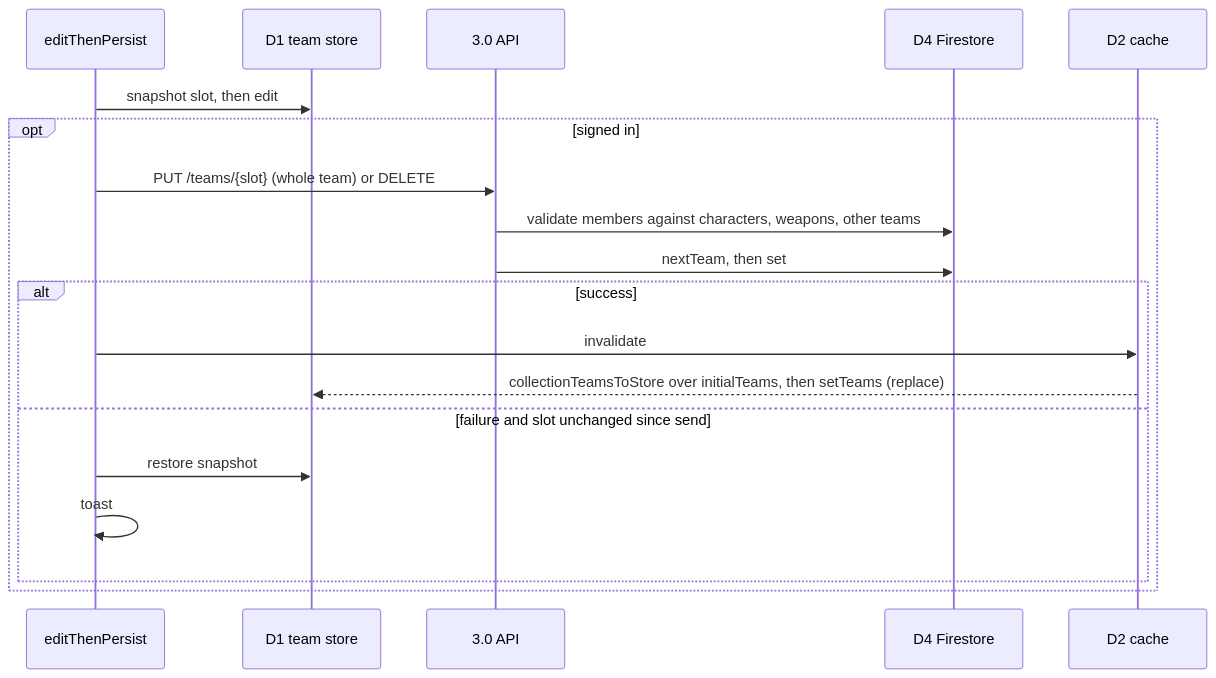
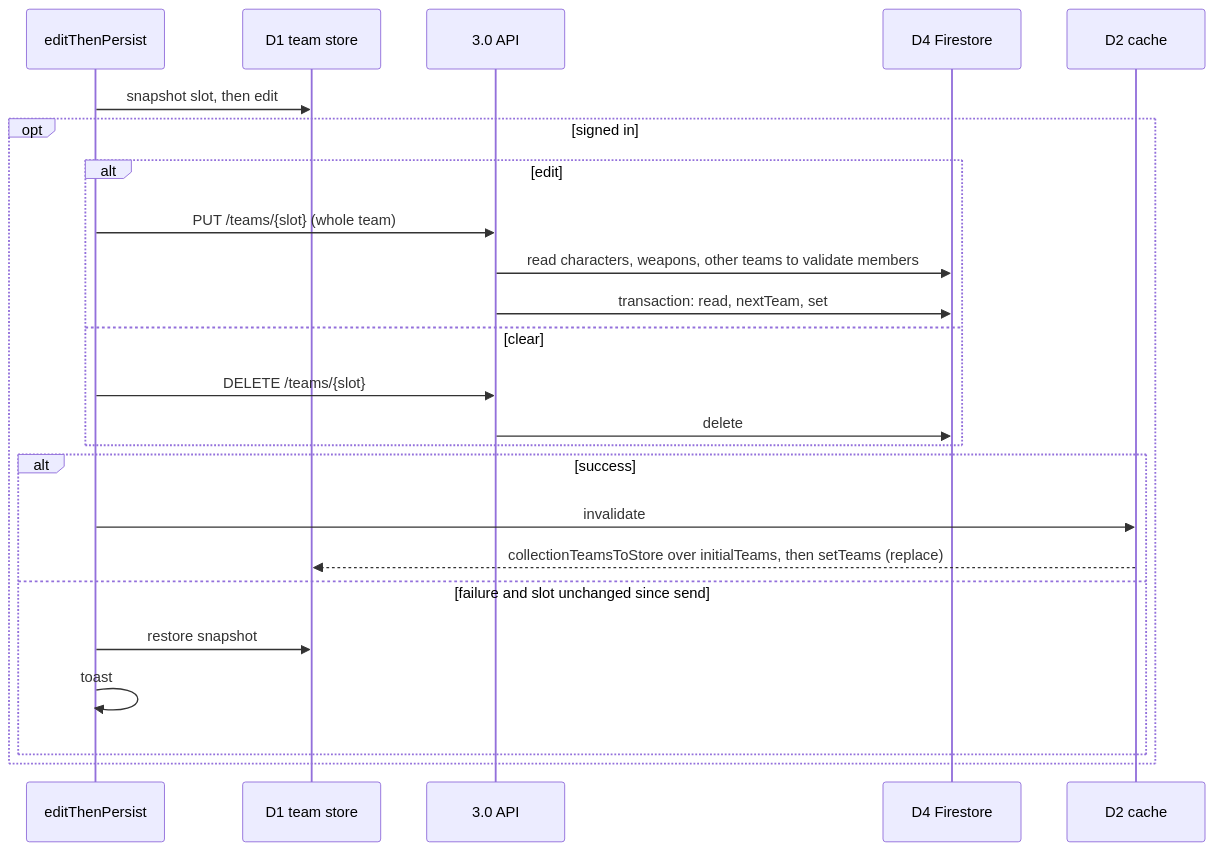
One commit to dungeon-studio/genshin.dungeon.studio changed the fifth of 6 diagrams in docs/explanation/understanding-data-flow.md. Above: the diagram before and after it, drawn with Mermaid. The commit also changed other lines of this file, not shown here.

````diff
--- a/docs/explanation/understanding-data-flow.md
+++ b/docs/explanation/understanding-data-flow.md
@@ -234,22 +250,27 @@
 ```mermaid
 sequenceDiagram
   participant Hook as editThenPersist
   participant Store as D1 team store
   participant API as 3.0 API
   participant FS as D4 Firestore
   participant Cache as D2 cache
 
   Hook->>Store: snapshot slot, then edit
   opt signed in
-    Hook->>API: PUT /teams/{slot} (whole team) or DELETE
-    API->>FS: validate members against characters, weapons, other teams
-    API->>FS: nextTeam, then set
+    alt edit
+      Hook->>API: PUT /teams/{slot} (whole team)
+      API->>FS: read characters, weapons, other teams to validate members
+      API->>FS: transaction: read, nextTeam, set
+    else clear
+      Hook->>API: DELETE /teams/{slot}
+      API->>FS: delete
+    end
     alt success
       Hook->>Cache: invalidate
       Cache-->>Store: collectionTeamsToStore over initialTeams, then setTeams (replace)
     else failure and slot unchanged since send
       Hook->>Store: restore snapshot
       Hook->>Hook: toast
     end
   end
 ```
````
